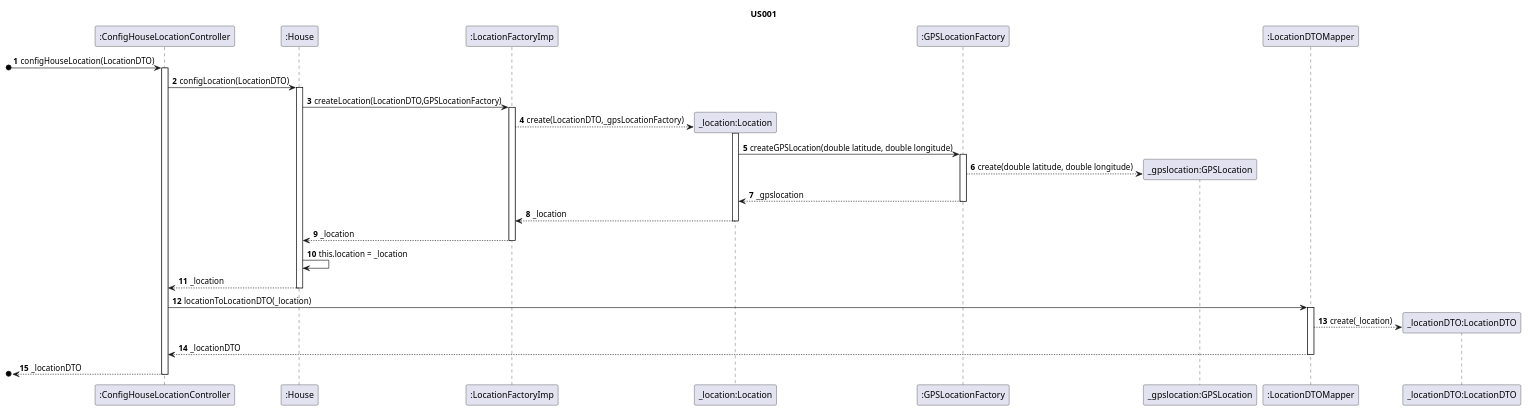
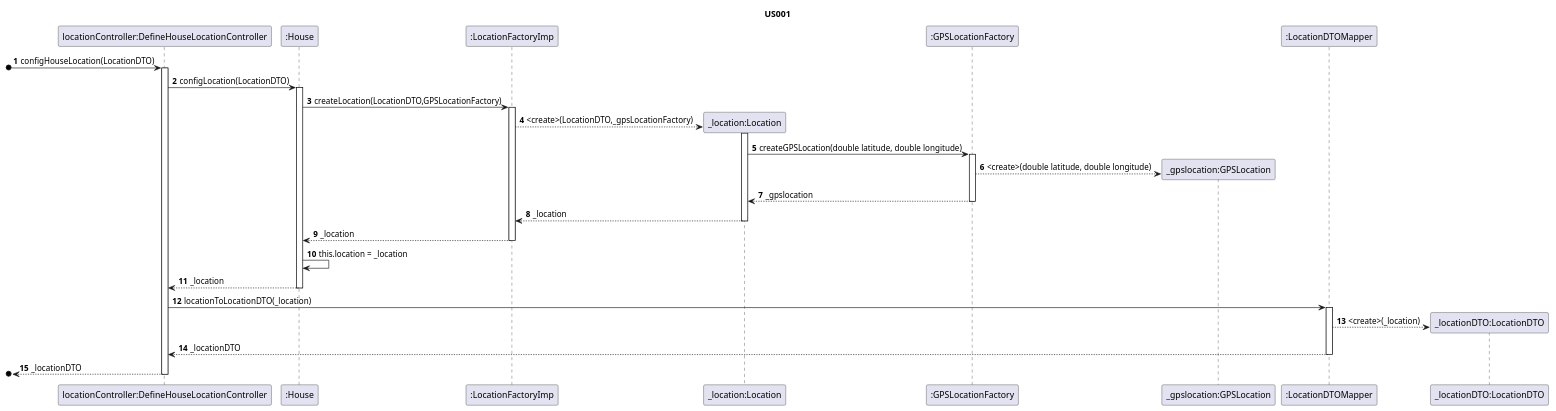
Before and after one commit to ozepedrorodrigues/projetoIntermedio: the diagram in projetoIntermedio/docs/sequence/UserStory001.puml, drawn with PlantUML. The commit also changed 18 other files, not shown here.

```diff
--- a/projetoIntermedio/docs/sequence/UserStory001.puml
+++ b/projetoIntermedio/docs/sequence/UserStory001.puml
@@ -1,39 +1,39 @@
 @startuml
 
 autonumber
 
 title US001
 
 /'
 As an Administrator, I want to configure the location of the house.
 '/
 
-[o-> ":ConfigHouseLocationController" : configHouseLocation(LocationDTO)
-activate ":ConfigHouseLocationController"
-":ConfigHouseLocationController" -> ":House": configLocation(LocationDTO)
+[o-> "locationController:DefineHouseLocationController" : configHouseLocation(LocationDTO)
+activate "locationController:DefineHouseLocationController"
+"locationController:DefineHouseLocationController" -> ":House": configLocation(LocationDTO)
 activate ":House"
 ":House" -> ":LocationFactoryImp": createLocation(LocationDTO,GPSLocationFactory)
 activate ":LocationFactoryImp"
-":LocationFactoryImp" -->"_location:Location"** : create(LocationDTO,_gpsLocationFactory)
+":LocationFactoryImp" -->"_location:Location"** : <create>(LocationDTO,_gpsLocationFactory)
 activate "_location:Location"
 "_location:Location" ->":GPSLocationFactory" : createGPSLocation(double latitude, double longitude)
 activate ":GPSLocationFactory"
-":GPSLocationFactory" -->"_gpslocation:GPSLocation"** : create(double latitude, double longitude)
+":GPSLocationFactory" -->"_gpslocation:GPSLocation"** : <create>(double latitude, double longitude)
 ":GPSLocationFactory" -->"_location:Location" : _gpslocation
 deactivate ":GPSLocationFactory"
 "_location:Location" -->":LocationFactoryImp" : _location
 deactivate "_location:Location"
 ":LocationFactoryImp" -->":House" : _location
 deactivate ":LocationFactoryImp"
 ":House" -> ":House" : this.location = _location
-":House" -->":ConfigHouseLocationController" : _location
+":House" -->"locationController:DefineHouseLocationController" : _location
 deactivate ":House"
-":ConfigHouseLocationController" ->":LocationDTOMapper" : locationToLocationDTO(_location)
+"locationController:DefineHouseLocationController" ->":LocationDTOMapper" : locationToLocationDTO(_location)
 activate ":LocationDTOMapper"
-":LocationDTOMapper" -->"_locationDTO:LocationDTO"** : create(_location)
-":LocationDTOMapper" -->":ConfigHouseLocationController" : _locationDTO
+":LocationDTOMapper" -->"_locationDTO:LocationDTO"** : <create>(_location)
+":LocationDTOMapper" -->"locationController:DefineHouseLocationController" : _locationDTO
 deactivate ":LocationDTOMapper"
-[o<--":ConfigHouseLocationController" : _locationDTO
-deactivate ":ConfigHouseLocationController"
+[o<--"locationController:DefineHouseLocationController" : _locationDTO
+deactivate "locationController:DefineHouseLocationController"
 
 @enduml
```
